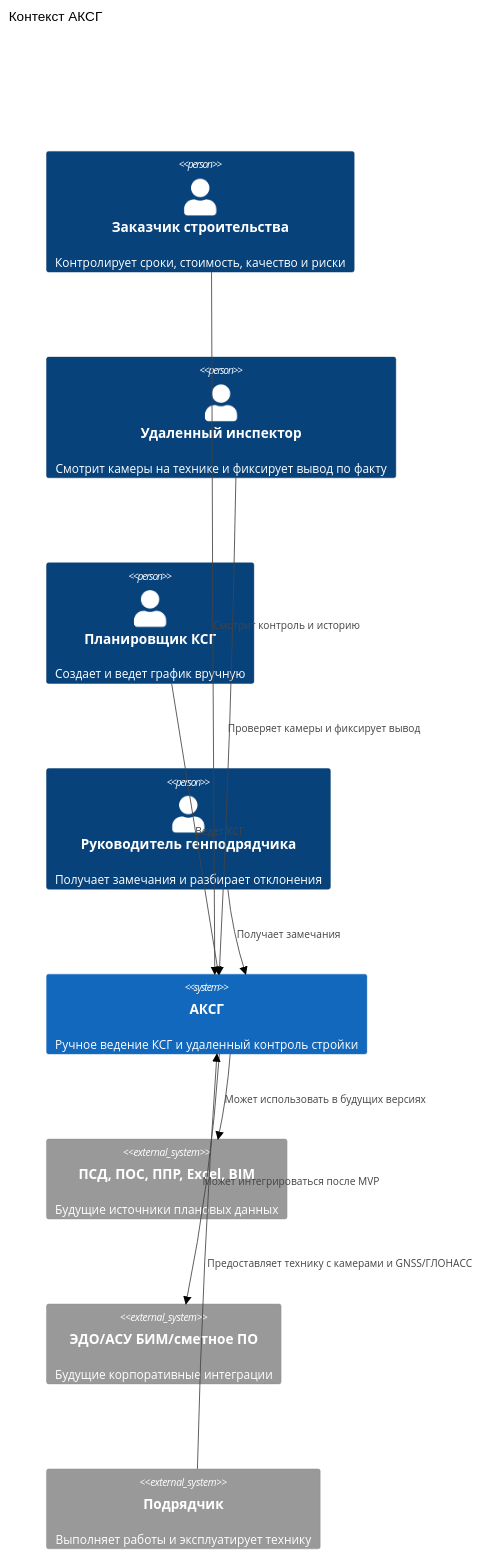
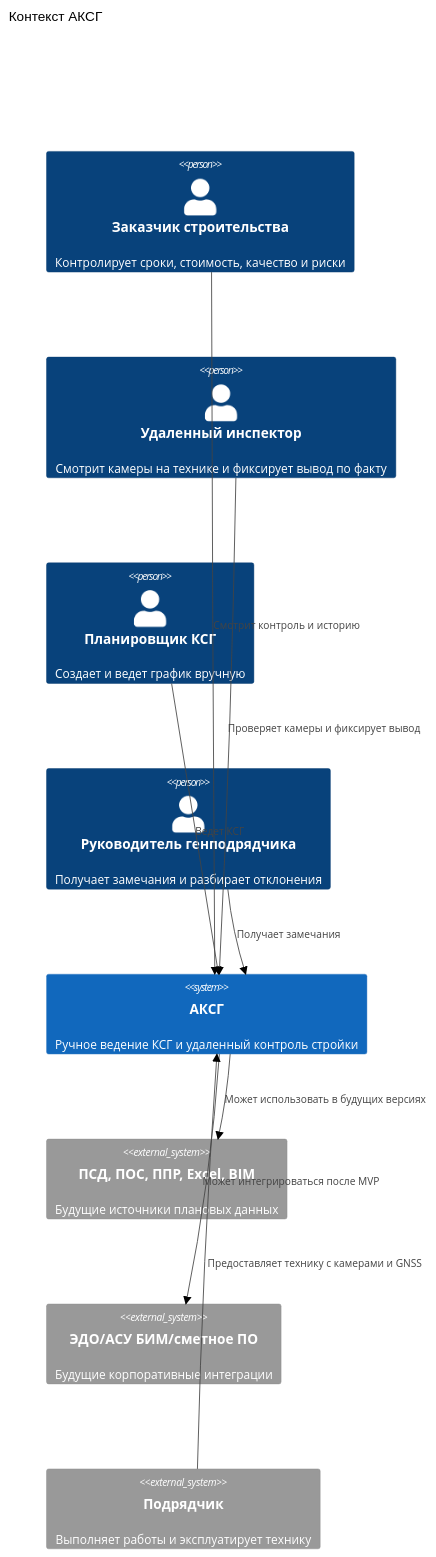
The diagram in 02-контекст-и-границы.md (s21dlemanskiy/course-work), drawn with Mermaid (neutral theme) before and after one commit. The commit also changed other lines of this file and 13 other files, not shown here.

````diff
--- a/02-контекст-и-границы.md
+++ b/02-контекст-и-границы.md
@@ -17,25 +17,25 @@
 ```mermaid
 C4Context
     title Контекст АКСГ
 
     Person(customer, "Заказчик строительства", "Контролирует сроки, стоимость, качество и риски")
     Person(remoteInspector, "Удаленный инспектор", "Смотрит камеры на технике и фиксирует вывод по факту")
     Person(planner, "Планировщик КСГ", "Создает и ведет график вручную")
     Person(contractorPm, "Руководитель генподрядчика", "Получает замечания и разбирает отклонения")
 
     System(aksg, "АКСГ", "Ручное ведение КСГ и удаленный контроль стройки")
 
     System_Ext(docs, "ПСД, ПОС, ППР, Excel, BIM", "Будущие источники плановых данных")
     System_Ext(corp, "ЭДО/АСУ БИМ/сметное ПО", "Будущие корпоративные интеграции")
     System_Ext(contractor, "Подрядчик", "Выполняет работы и эксплуатирует технику")
 
     Rel(planner, aksg, "Ведет КСГ")
     Rel(remoteInspector, aksg, "Проверяет камеры и фиксирует вывод")
     Rel(customer, aksg, "Смотрит контроль и историю")
     Rel(contractorPm, aksg, "Получает замечания")
     Rel(aksg, docs, "Может использовать в будущих версиях")
     Rel(aksg, corp, "Может интегрироваться после MVP")
-    Rel(contractor, aksg, "Предоставляет технику с камерами и GNSS/ГЛОНАСС")
+    Rel(contractor, aksg, "Предоставляет технику с камерами и GNSS")
 
     UpdateLayoutConfig($c4ShapeInRow="2", $c4BoundaryInRow="1")
 ```
````
